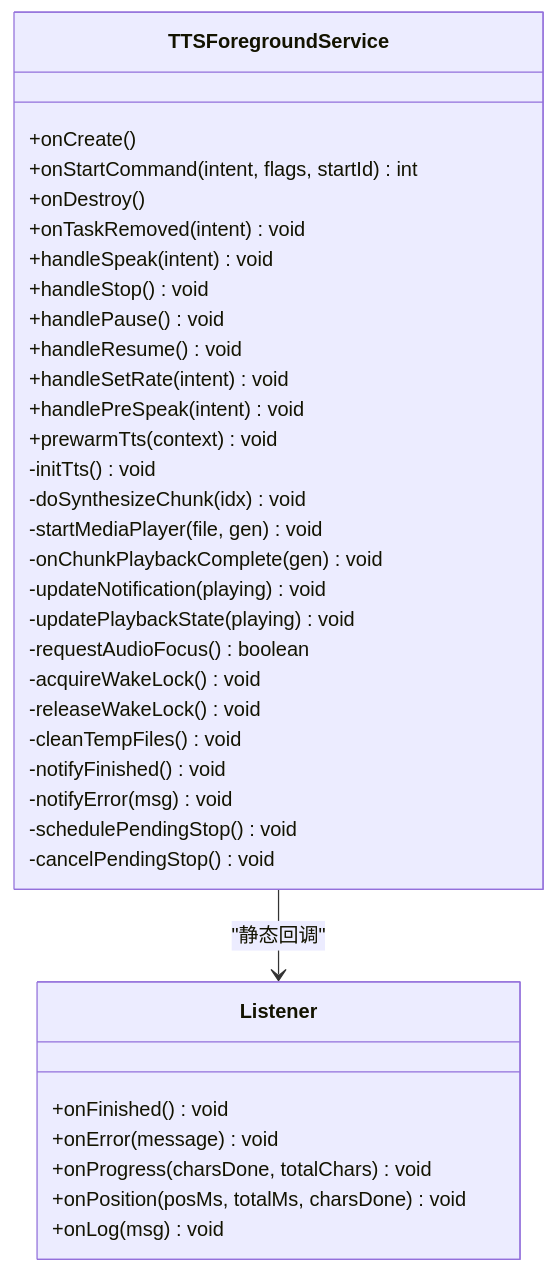
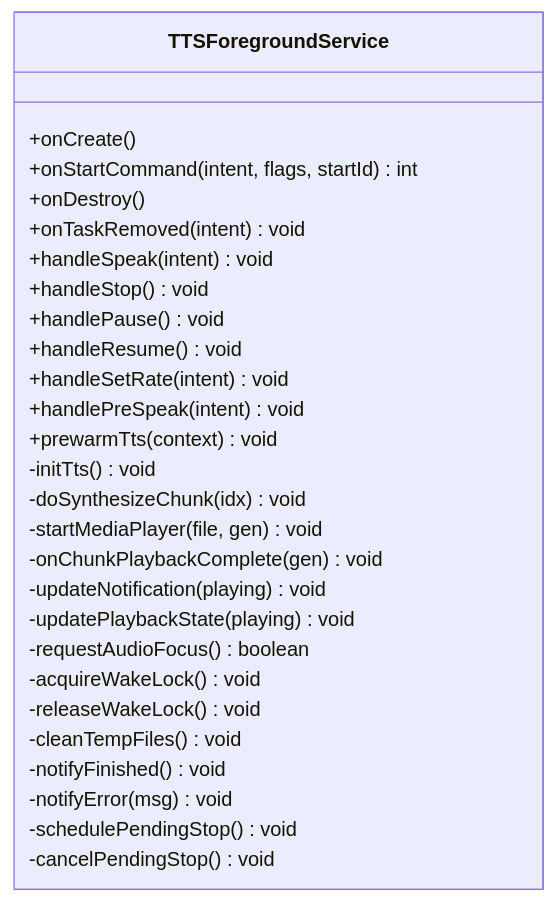
One commit to zhao-zg/cx changed the third of 5 diagrams in .qoder/repowiki/zh/content/移动应用开发/服务管理.md. Above: the diagram before and after it, drawn with Mermaid. The commit also changed other lines of this file and 30 other files, not shown here.

````diff
--- a/.qoder/repowiki/zh/content/移动应用开发/服务管理.md
+++ b/.qoder/repowiki/zh/content/移动应用开发/服务管理.md
@@ -180,38 +150,30 @@
 ```mermaid
 classDiagram
 class TTSForegroundService {
 +onCreate()
 +onStartCommand(intent, flags, startId) int
 +onDestroy()
 +onTaskRemoved(intent) void
 +handleSpeak(intent) void
 +handleStop() void
 +handlePause() void
 +handleResume() void
 +handleSetRate(intent) void
 +handlePreSpeak(intent) void
 +prewarmTts(context) void
 -initTts() void
 -doSynthesizeChunk(idx) void
 -startMediaPlayer(file, gen) void
 -onChunkPlaybackComplete(gen) void
 -updateNotification(playing) void
 -updatePlaybackState(playing) void
 -requestAudioFocus() boolean
 -acquireWakeLock() void
 -releaseWakeLock() void
 -cleanTempFiles() void
 -notifyFinished() void
 -notifyError(msg) void
 -schedulePendingStop() void
 -cancelPendingStop() void
 }
-class Listener {
-+onFinished() void
-+onError(message) void
-+onProgress(charsDone, totalChars) void
-+onPosition(posMs, totalMs, charsDone) void
-+onLog(msg) void
-}
-TTSForegroundService --> Listener : "静态回调"
 ```
````
